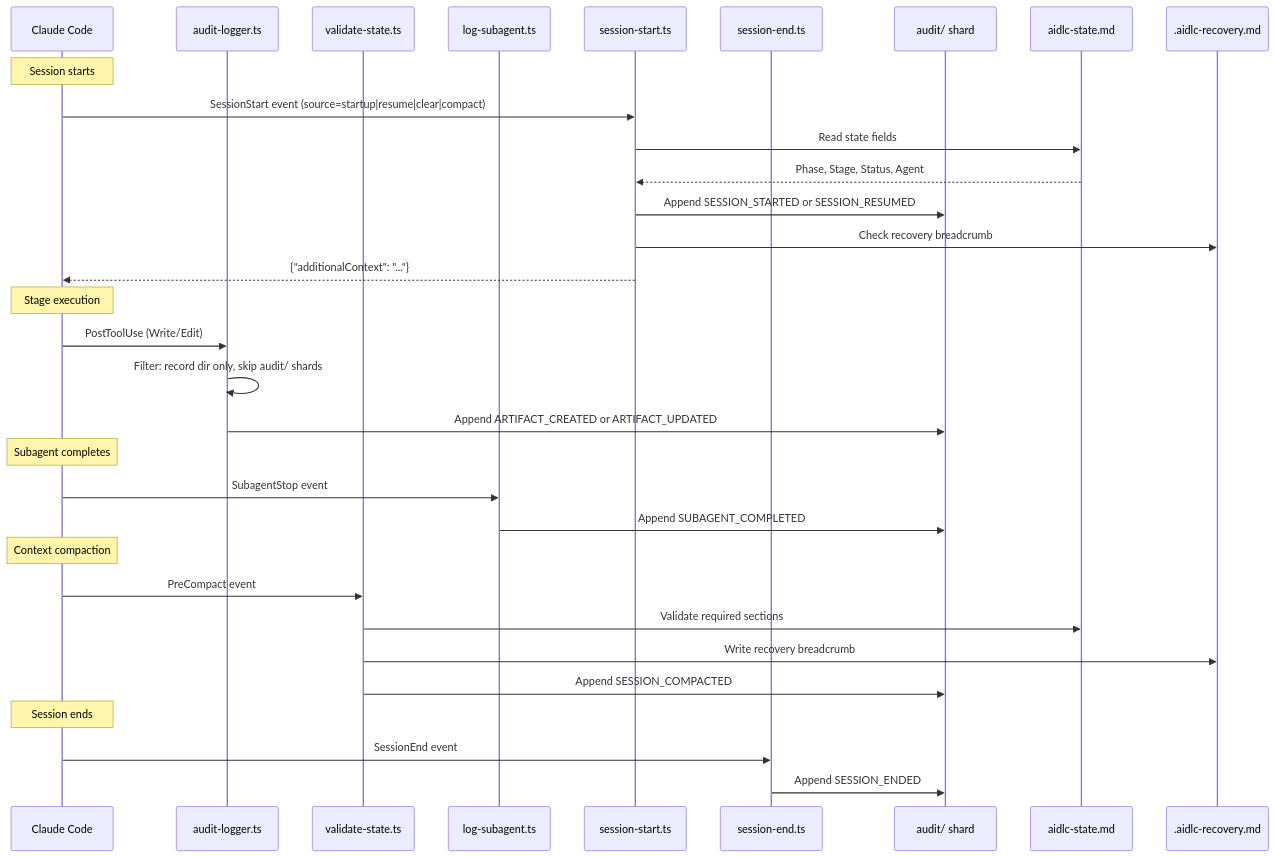
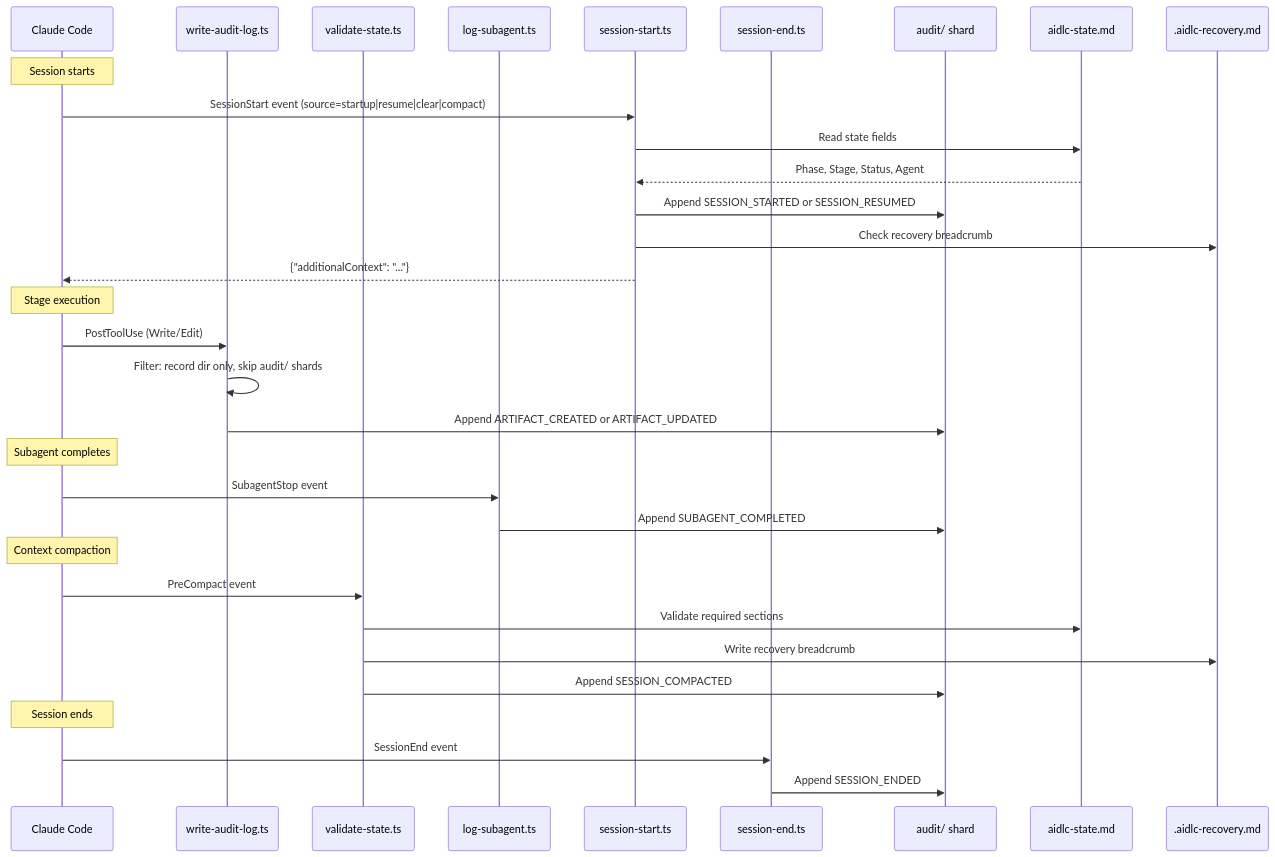
One commit to awslabs/aidlc-workflows changed the diagram in docs/reference/06-hooks-and-tools.md. Above: the diagram before and after it, drawn with Mermaid. The commit also changed other lines of this file and 805 other files, not shown here.

````diff
--- a/docs/reference/06-hooks-and-tools.md
+++ b/docs/reference/06-hooks-and-tools.md
@@ -72,39 +72,39 @@
 ```mermaid
 sequenceDiagram
     participant CC as Claude Code
-    participant AL as audit-logger.ts
+    participant AL as write-audit-log.ts
     participant VS as validate-state.ts
     participant LS as log-subagent.ts
     participant SS as session-start.ts
     participant SE as session-end.ts
     participant AF as audit/ shard
     participant SF as aidlc-state.md
     participant RF as .aidlc-recovery.md
 
     Note over CC: Session starts
     CC->>SS: SessionStart event (source=startup|resume|clear|compact)
     SS->>SF: Read state fields
     SF-->>SS: Phase, Stage, Status, Agent
     SS->>AF: Append SESSION_STARTED or SESSION_RESUMED
     SS->>RF: Check recovery breadcrumb
     SS-->>CC: {"additionalContext": "..."}
 
     Note over CC: Stage execution
     CC->>AL: PostToolUse (Write/Edit)
     AL->>AL: Filter: record dir only, skip audit/ shards
     AL->>AF: Append ARTIFACT_CREATED or ARTIFACT_UPDATED
 
     Note over CC: Subagent completes
     CC->>LS: SubagentStop event
     LS->>AF: Append SUBAGENT_COMPLETED
 
     Note over CC: Context compaction
     CC->>VS: PreCompact event
     VS->>SF: Validate required sections
     VS->>RF: Write recovery breadcrumb
     VS->>AF: Append SESSION_COMPACTED
 
     Note over CC: Session ends
     CC->>SE: SessionEnd event
     SE->>AF: Append SESSION_ENDED
 ```
````
